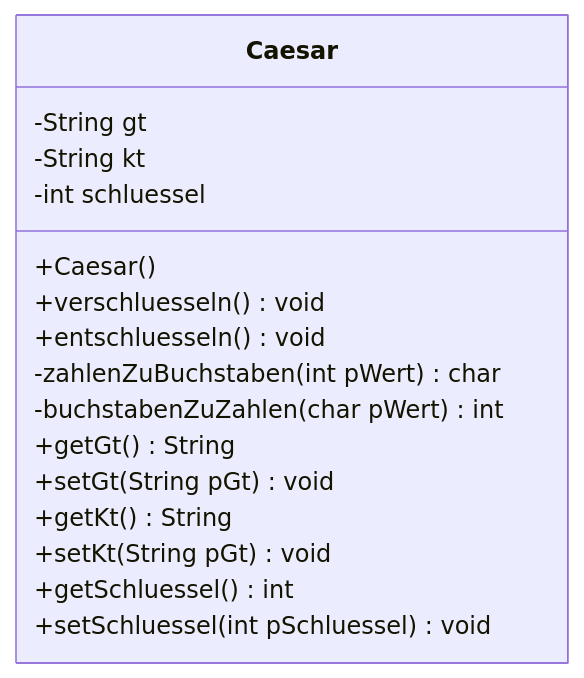
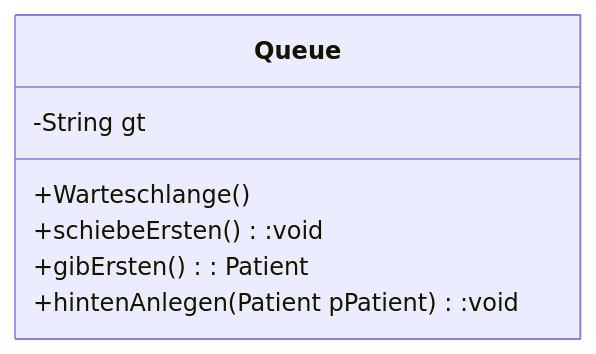
Before and after one commit to rueckertgym/begleitmaterial: the diagram in book/lineareDatenstrukturen/queue/queue_Modellierung.md, drawn with Mermaid.

````diff
--- a/book/lineareDatenstrukturen/queue/queue_Modellierung.md
+++ b/book/lineareDatenstrukturen/queue/queue_Modellierung.md
@@ -12,19 +12,10 @@
 ```mermaid
 classDiagram
-      class Caesar{
+      class Queue{
           -String gt
-          -String kt
-          -int schluessel
-          +Caesar()
-          +verschluesseln() void
-          +entschluesseln() void
-          -zahlenZuBuchstaben(int pWert) char
-          -buchstabenZuZahlen(char pWert) int
-          +getGt() String
-          +setGt(String pGt) void
-          +getKt() String
-          +setKt(String pGt) void         
-          +getSchluessel() int
-          +setSchluessel(int pSchluessel) void
+          +Warteschlange()
+          +schiebeErsten():void
+          +gibErsten(): Patient
+          +hintenAnlegen(Patient pPatient):void        
         }
  ```
````
